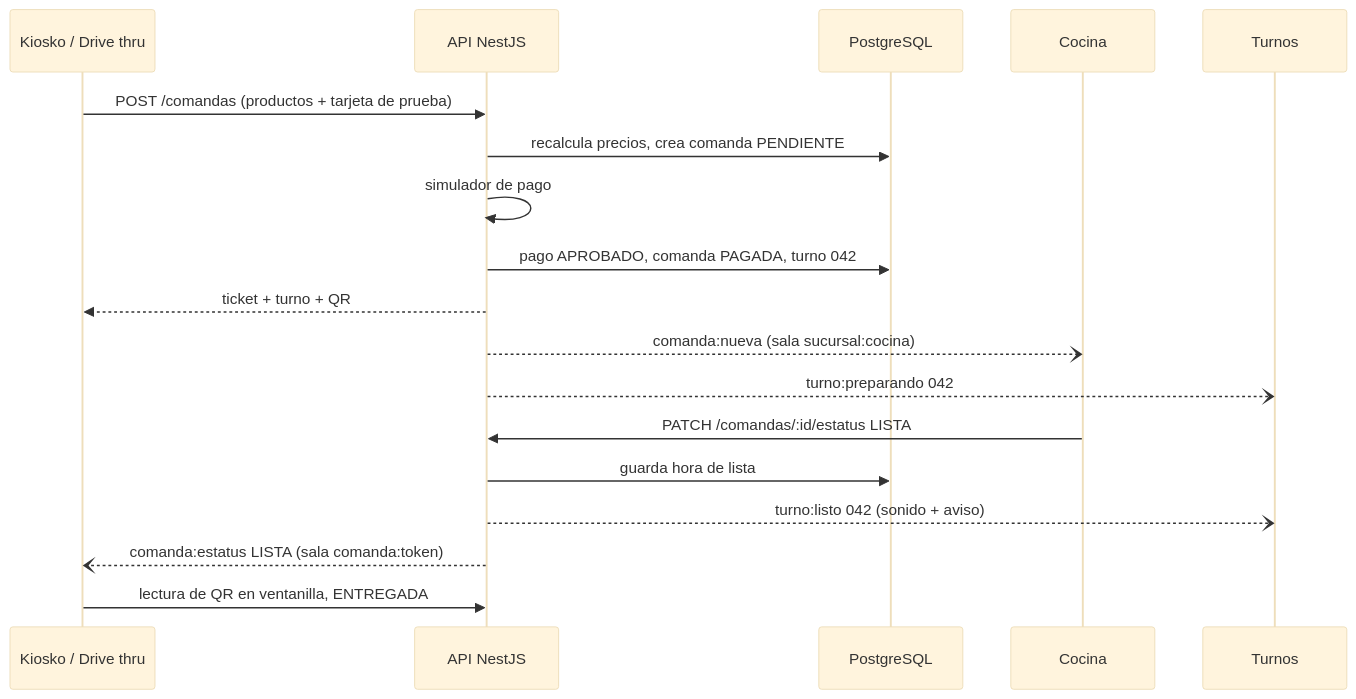
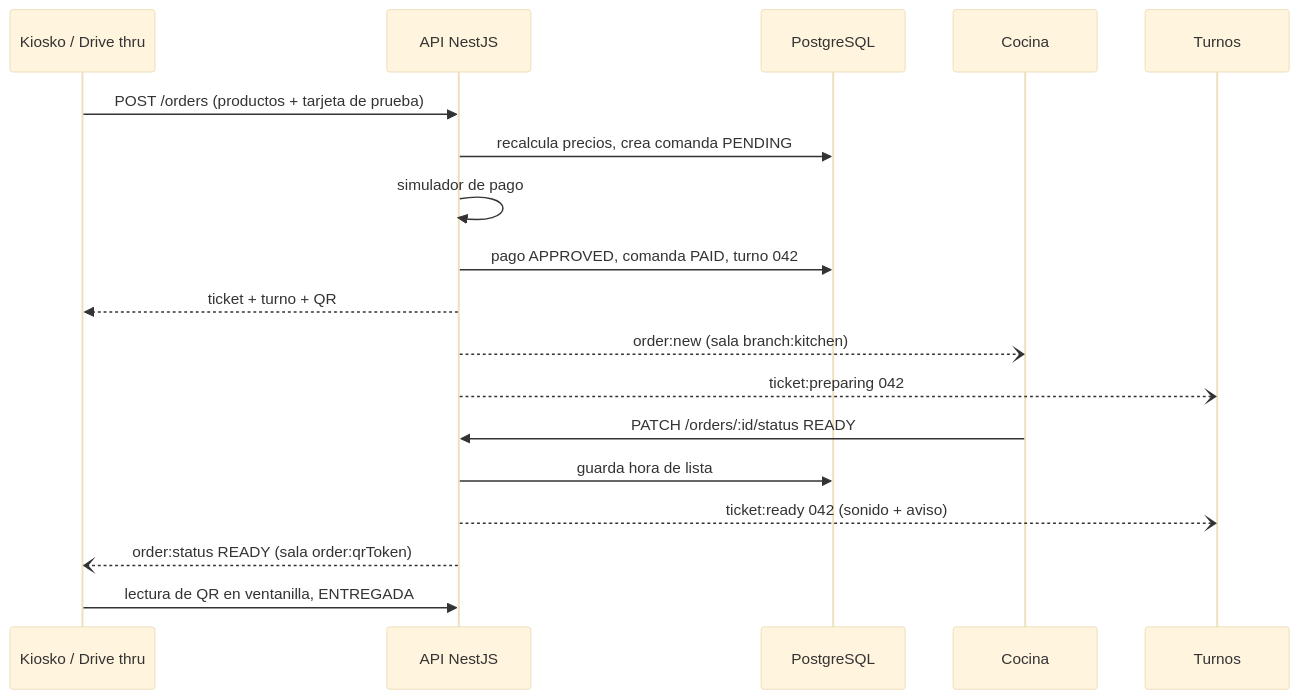
The diagram in docs/arquitectura.md (DevOjeda016/zarape), drawn with Mermaid (base theme) before and after one commit. The commit also changed other lines of this file and 183 other files, not shown here.

````diff
--- a/docs/arquitectura.md
+++ b/docs/arquitectura.md
@@ -81,20 +85,20 @@
 ```mermaid
 sequenceDiagram
     participant K as Kiosko / Drive thru
     participant A as API NestJS
     participant DB as PostgreSQL
     participant C as Cocina
     participant T as Turnos
-    K->>A: POST /comandas (productos + tarjeta de prueba)
-    A->>DB: recalcula precios, crea comanda PENDIENTE
+    K->>A: POST /orders (productos + tarjeta de prueba)
+    A->>DB: recalcula precios, crea comanda PENDING
     A->>A: simulador de pago
-    A->>DB: pago APROBADO, comanda PAGADA, turno 042
+    A->>DB: pago APPROVED, comanda PAID, turno 042
     A-->>K: ticket + turno + QR
-    A--)C: comanda:nueva (sala sucursal:cocina)
-    A--)T: turno:preparando 042
-    C->>A: PATCH /comandas/:id/estatus LISTA
+    A--)C: order:new (sala branch:kitchen)
+    A--)T: ticket:preparing 042
+    C->>A: PATCH /orders/:id/status READY
     A->>DB: guarda hora de lista
-    A--)T: turno:listo 042 (sonido + aviso)
-    A--)K: comanda:estatus LISTA (sala comanda:token)
+    A--)T: ticket:ready 042 (sonido + aviso)
+    A--)K: order:status READY (sala order:qrToken)
     K->>A: lectura de QR en ventanilla, ENTREGADA
 ```
````
